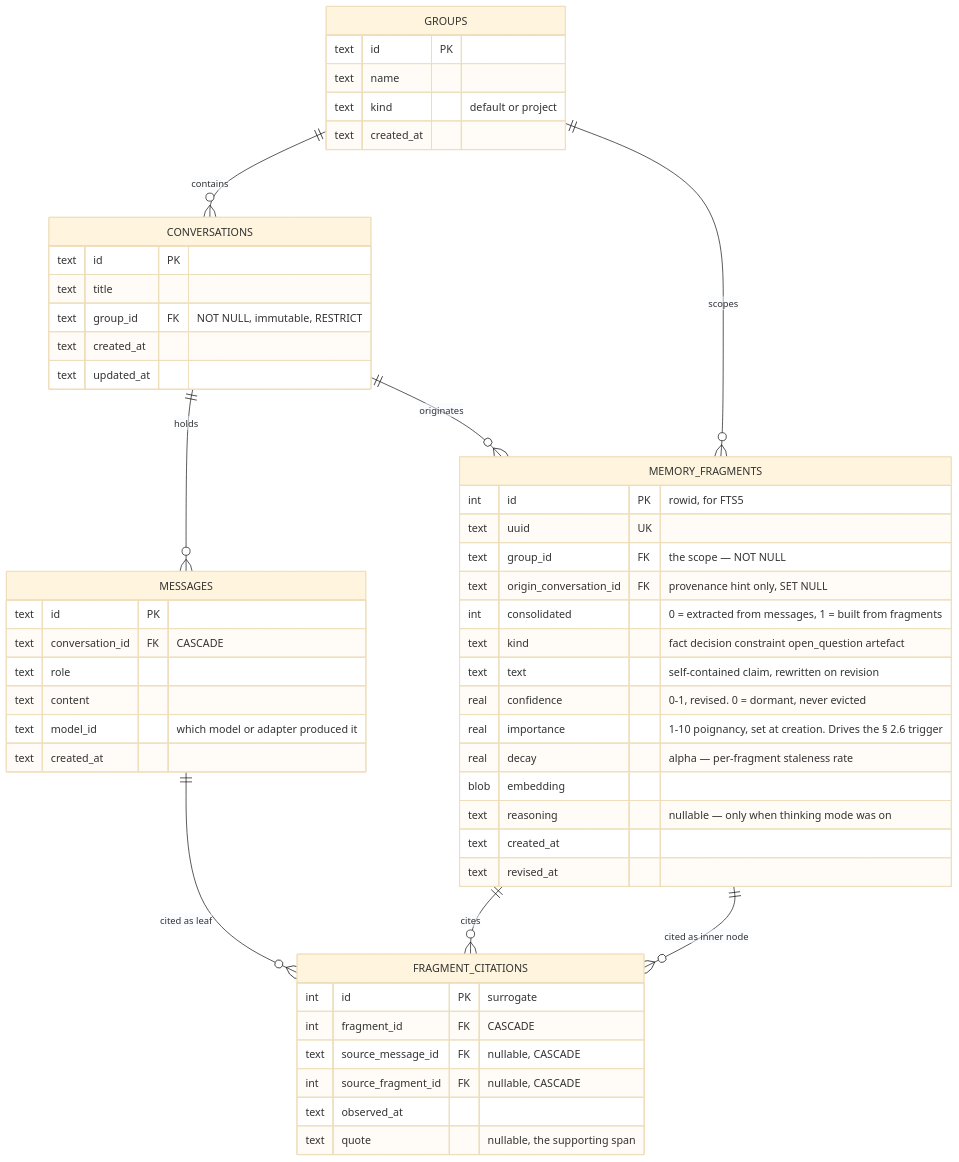
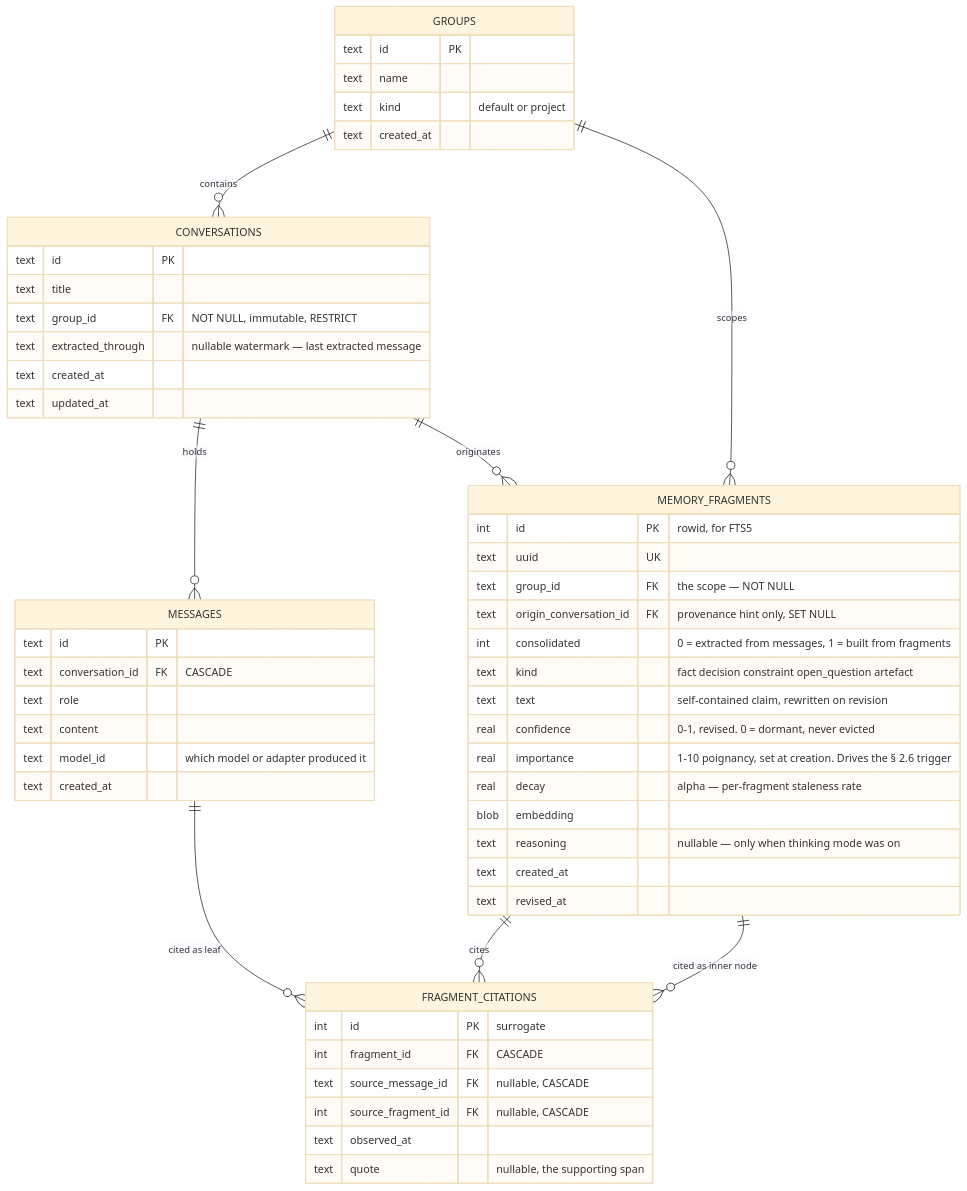
One commit to Alorcus/agent_project changed the first of 11 diagrams in docs/plans/memory-and-groups.md. Above: the diagram before and after it, drawn with Mermaid (base theme). The commit also changed other lines of this file, not shown here.

````diff
--- a/docs/plans/memory-and-groups.md
+++ b/docs/plans/memory-and-groups.md
@@ -52,56 +57,57 @@
 ```mermaid
 erDiagram
     GROUPS ||--o{ CONVERSATIONS : contains
     CONVERSATIONS ||--o{ MESSAGES : holds
     CONVERSATIONS ||--o{ MEMORY_FRAGMENTS : originates
     GROUPS ||--o{ MEMORY_FRAGMENTS : scopes
     MEMORY_FRAGMENTS ||--o{ FRAGMENT_CITATIONS : cites
     MESSAGES ||--o{ FRAGMENT_CITATIONS : "cited as leaf"
     MEMORY_FRAGMENTS ||--o{ FRAGMENT_CITATIONS : "cited as inner node"
 
     GROUPS {
         text id PK
         text name
         text kind "default or project"
         text created_at
     }
     CONVERSATIONS {
         text id PK
         text title
         text group_id FK "NOT NULL, immutable, RESTRICT"
+        text extracted_through "nullable watermark — last extracted message"
         text created_at
         text updated_at
     }
     MESSAGES {
         text id PK
         text conversation_id FK "CASCADE"
         text role
         text content
         text model_id "which model or adapter produced it"
         text created_at
     }
     MEMORY_FRAGMENTS {
         int id PK "rowid, for FTS5"
         text uuid UK
         text group_id FK "the scope — NOT NULL"
         text origin_conversation_id FK "provenance hint only, SET NULL"
         int consolidated "0 = extracted from messages, 1 = built from fragments"
         text kind "fact decision constraint open_question artefact"
         text text "self-contained claim, rewritten on revision"
         real confidence "0-1, revised. 0 = dormant, never evicted"
         real importance "1-10 poignancy, set at creation. Drives the § 2.6 trigger"
         real decay "alpha — per-fragment staleness rate"
         blob embedding
         text reasoning "nullable — only when thinking mode was on"
         text created_at
         text revised_at
     }
     FRAGMENT_CITATIONS {
         int id PK "surrogate"
         int fragment_id FK "CASCADE"
         text source_message_id FK "nullable, CASCADE"
         int source_fragment_id FK "nullable, CASCADE"
         text observed_at
         text quote "nullable, the supporting span"
     }
 ```
````
